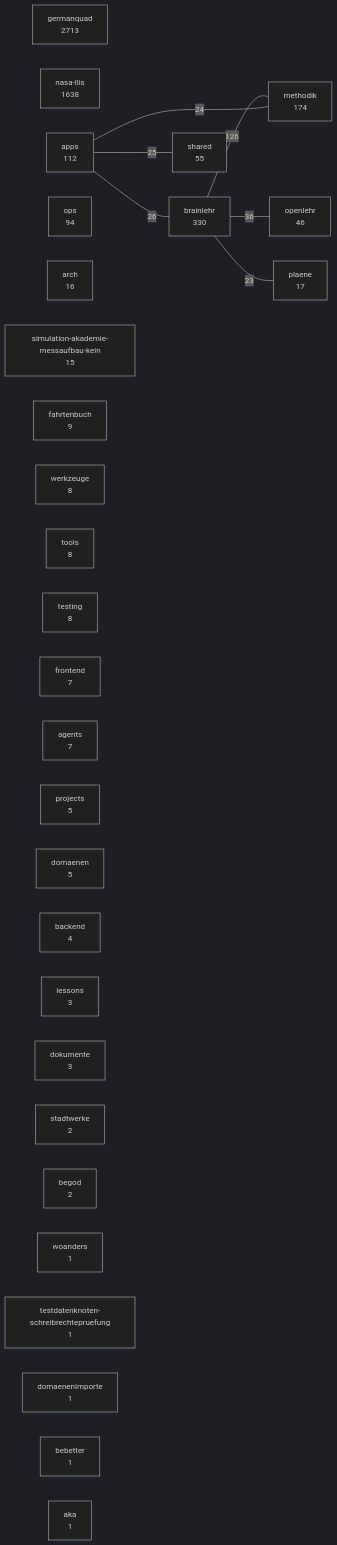
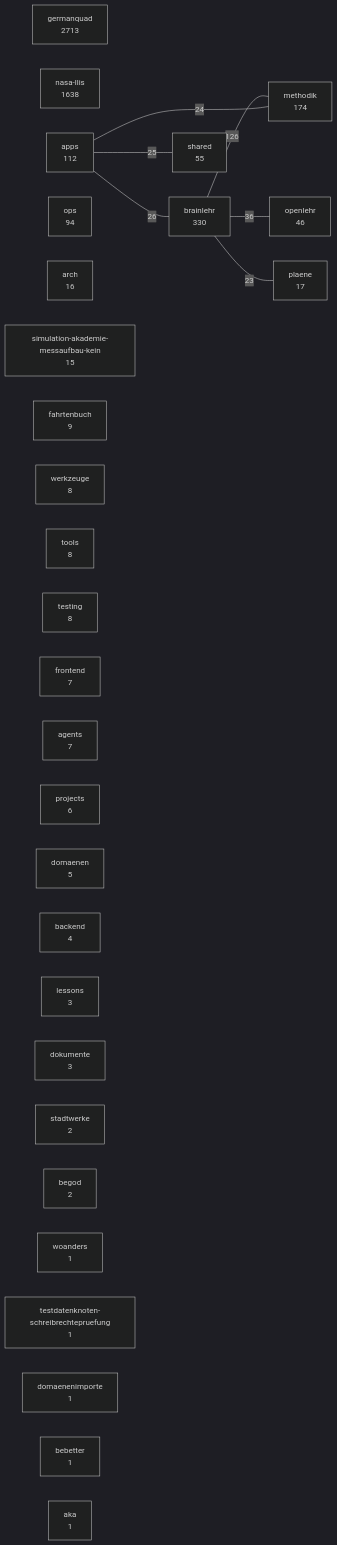
One commit to 3lehr/brainlehr changed the diagram in docs/karten/bestand.md. Above: the diagram before and after it, drawn with Mermaid (dark theme). The commit also changed 2 other files, not shown here.

Commit message:
docs(map): refresh generated inventory
Plan: docs/PLAN_DOKUMENTABLAGE_2026-08-16.md\n\nWhy: The push freshness gate correctly found the generated inventory stale after project-context evidence changed. Regenerate it from the committed source graph.\n\nVerified: landkarten; kartenstand; focused 38-test suite; git diff --check.\n\nAI-Assisted-By: ChatGPT Codex\n\nAI-Agent: /root/project_context_consilium

````diff
--- a/docs/karten/bestand.md
+++ b/docs/karten/bestand.md
@@ -5,38 +5,38 @@
 ```mermaid
 graph LR
   germanquad["germanquad<br/>2713"]
   nasa_llis["nasa-llis<br/>1638"]
   brainlehr["brainlehr<br/>330"]
   methodik["methodik<br/>174"]
   apps["apps<br/>112"]
   ops["ops<br/>94"]
   shared["shared<br/>55"]
   openlehr["openlehr<br/>46"]
   plaene["plaene<br/>17"]
   arch["arch<br/>16"]
   simulation_akademie_messaufbau_kein["simulation-akademie-messaufbau-kein<br/>15"]
   fahrtenbuch["fahrtenbuch<br/>9"]
   werkzeuge["werkzeuge<br/>8"]
   tools["tools<br/>8"]
   testing["testing<br/>8"]
   frontend["frontend<br/>7"]
   agents["agents<br/>7"]
-  projects["projects<br/>5"]
+  projects["projects<br/>6"]
   domaenen["domaenen<br/>5"]
   backend["backend<br/>4"]
   lessons["lessons<br/>3"]
   dokumente["dokumente<br/>3"]
   stadtwerke["stadtwerke<br/>2"]
   begod["begod<br/>2"]
   woanders["woanders<br/>1"]
   testdatenknoten_schreibrechtepruefung["testdatenknoten-schreibrechtepruefung<br/>1"]
   domaenenimporte["domaenenimporte<br/>1"]
   bebetter["bebetter<br/>1"]
   aka["aka<br/>1"]
   brainlehr ---|126| methodik
   brainlehr ---|36| openlehr
   apps ---|26| brainlehr
   apps ---|25| shared
   apps ---|24| methodik
   brainlehr ---|23| plaene
 ```
````
